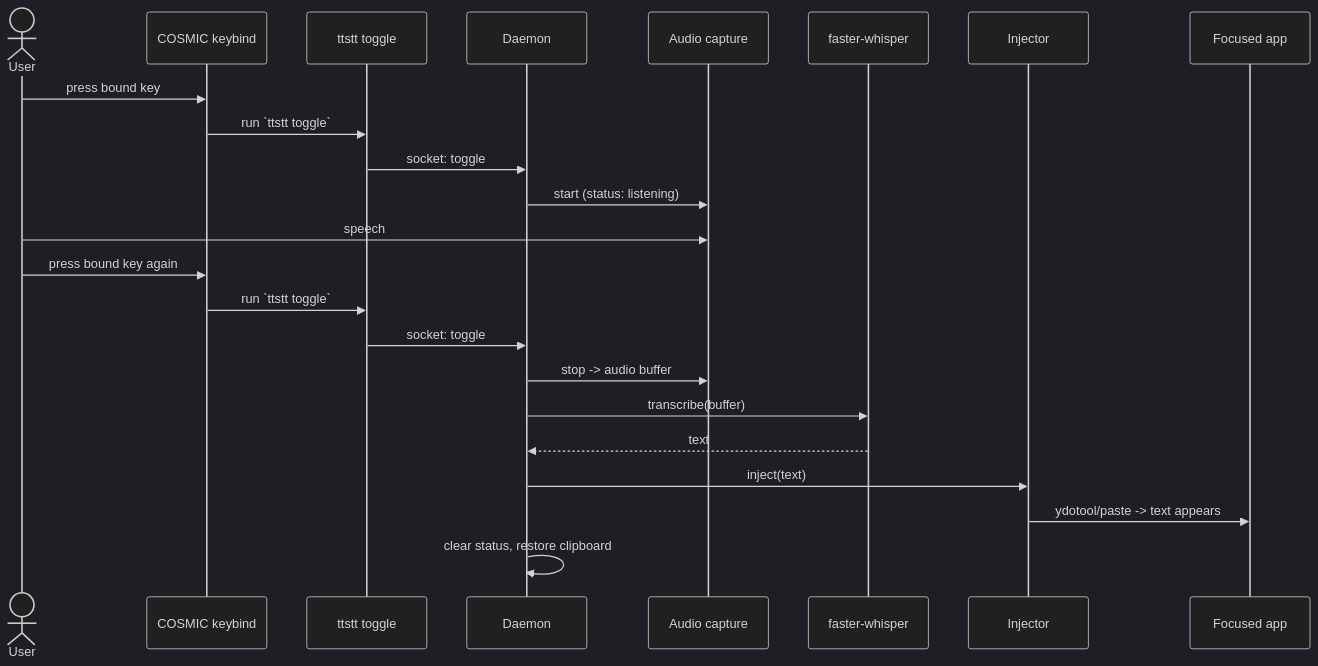
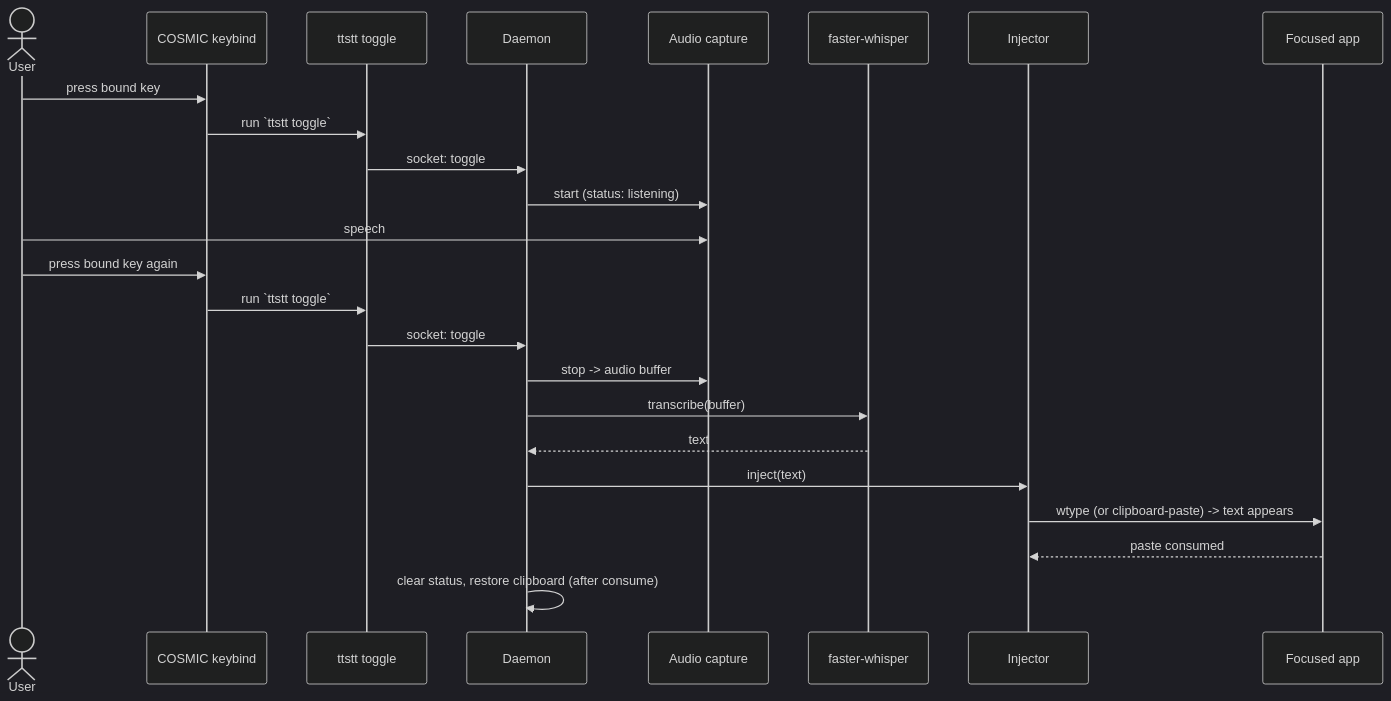
Before and after one commit to vulcanneural/ttstt: the second of 2 diagrams in docs/plans/2026-06-30-001-feat-ttstt-voice-toolkit-plan.md, drawn with Mermaid (dark theme). The commit also changed other lines of this file, not shown here.

````diff
--- a/docs/plans/2026-06-30-001-feat-ttstt-voice-toolkit-plan.md
+++ b/docs/plans/2026-06-30-001-feat-ttstt-voice-toolkit-plan.md
@@ -244,26 +263,27 @@
 ```mermaid
 sequenceDiagram
     actor User
     participant Compositor as COSMIC keybind
     participant CLI as ttstt toggle
     participant Daemon
     participant Capture as Audio capture
     participant STT as faster-whisper
     participant Inj as Injector
     participant App as Focused app
 
     User->>Compositor: press bound key
     Compositor->>CLI: run `ttstt toggle`
     CLI->>Daemon: socket: toggle
     Daemon->>Capture: start (status: listening)
     User->>Capture: speech
     User->>Compositor: press bound key again
     Compositor->>CLI: run `ttstt toggle`
     CLI->>Daemon: socket: toggle
     Daemon->>Capture: stop -> audio buffer
     Daemon->>STT: transcribe(buffer)
     STT-->>Daemon: text
     Daemon->>Inj: inject(text)
-    Inj->>App: ydotool/paste -> text appears
-    Daemon->>Daemon: clear status, restore clipboard
+    Inj->>App: wtype (or clipboard-paste) -> text appears
+    App-->>Inj: paste consumed
+    Daemon->>Daemon: clear status, restore clipboard (after consume)
 ```
````
